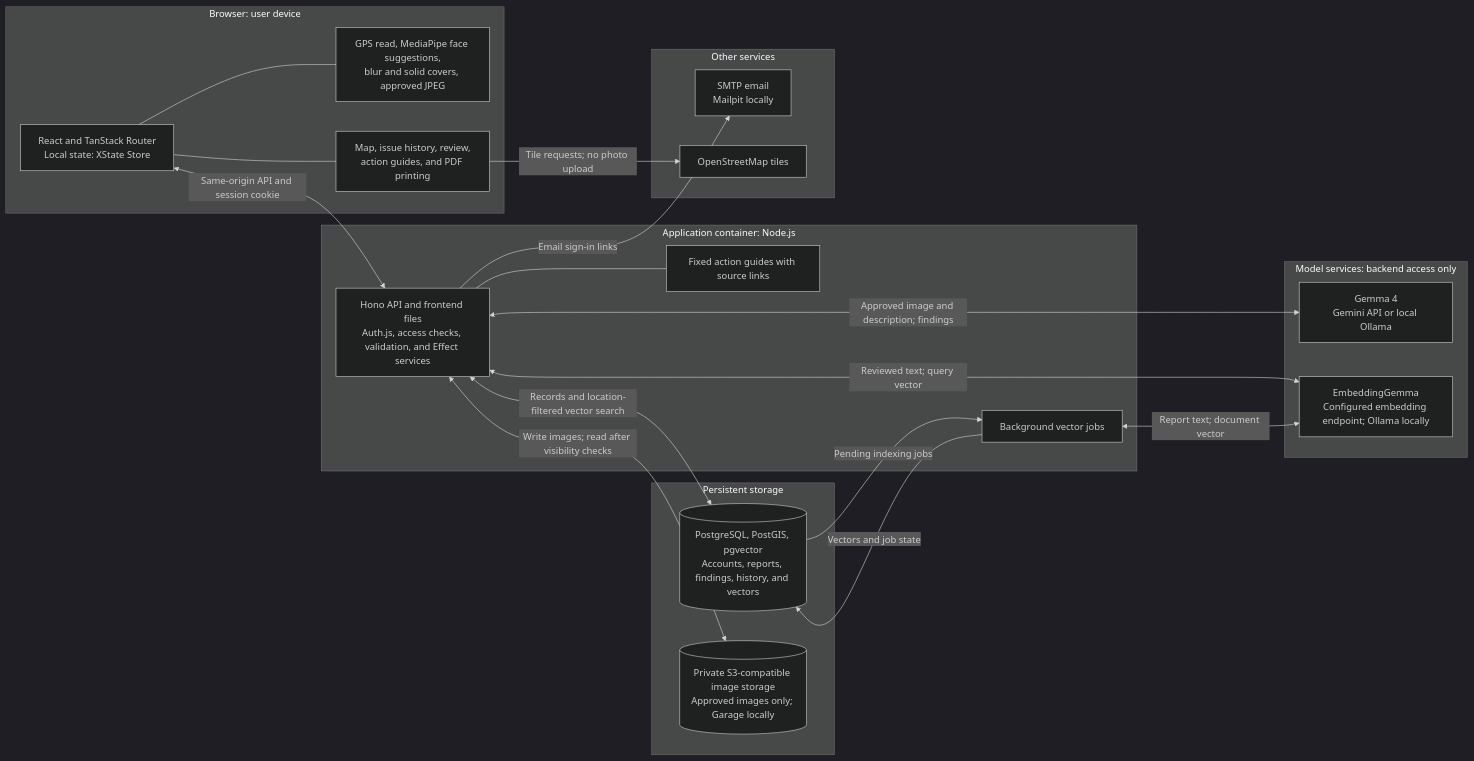
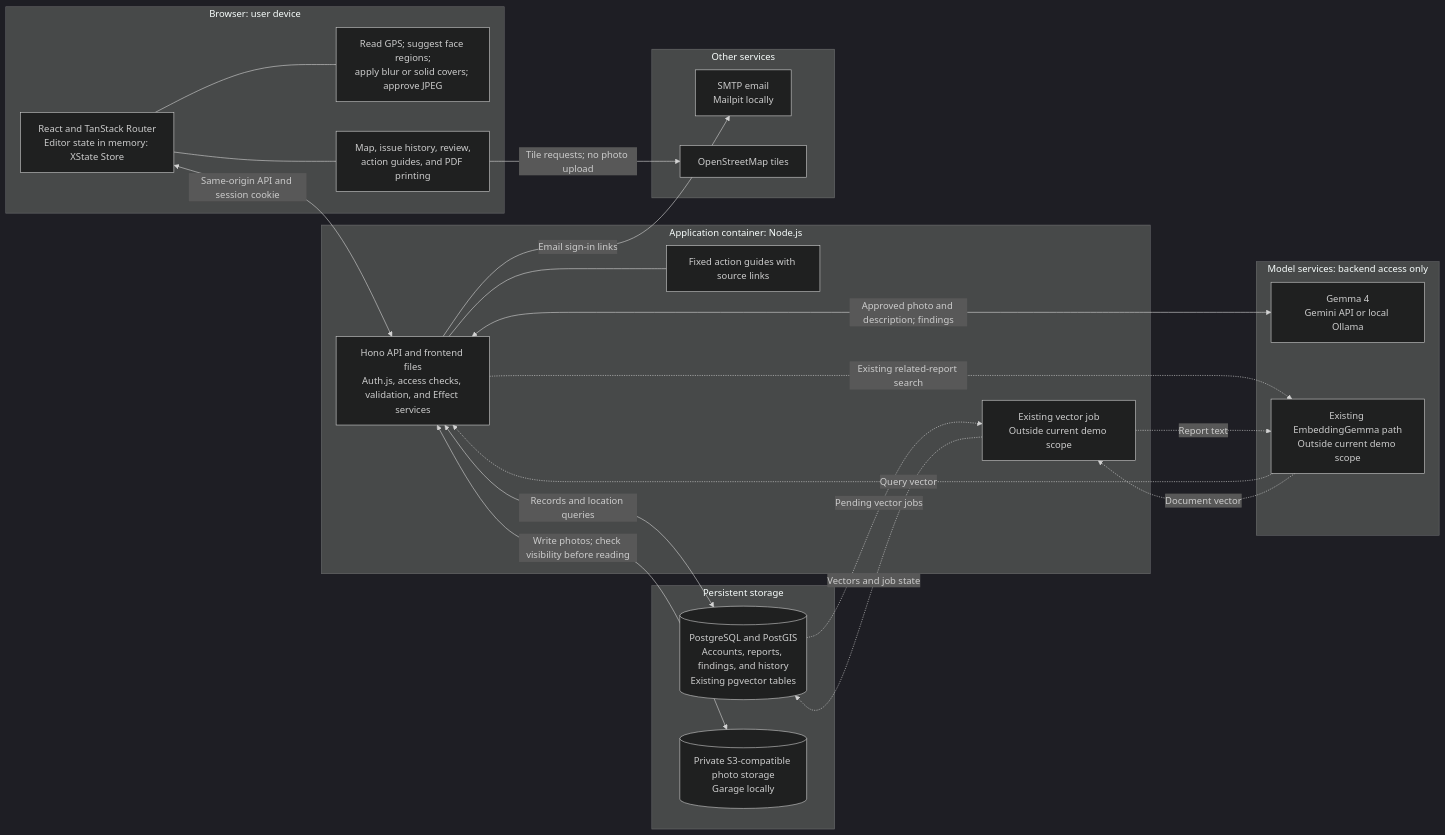
Before and after one commit to sasivarnan/civic-lens: the first of 2 diagrams in README.md, drawn with Mermaid (dark theme). The commit also changed other lines of this file, not shown here.

Commit message:
docs: simplify README and clarify embedding demo scope

````diff
--- a/README.md
+++ b/README.md
@@ -31,38 +42,40 @@
 ```mermaid
 flowchart LR
     subgraph DEVICE["Browser: user device"]
-        EDITOR["React and TanStack Router<br/>Local state: XState Store"]
-        LOCAL["GPS read, MediaPipe face suggestions,<br/>blur and solid covers, approved JPEG"]
+        EDITOR["React and TanStack Router<br/>Editor state in memory: XState Store"]
+        LOCAL["Read GPS; suggest face regions;<br/>apply blur or solid covers; approve JPEG"]
         VIEW["Map, issue history, review,<br/>action guides, and PDF printing"]
         EDITOR --- LOCAL
         EDITOR --- VIEW
     end
     subgraph APP["Application container: Node.js"]
         API["Hono API and frontend files<br/>Auth.js, access checks, validation, and Effect services"]
         GUIDES["Fixed action guides with source links"]
-        JOBS["Background vector jobs"]
+        JOBS["Existing vector job<br/>Outside current demo scope"]
         API --- GUIDES
     end
     subgraph DATA["Persistent storage"]
-        DB[("PostgreSQL, PostGIS, pgvector<br/>Accounts, reports, findings, history, and vectors")]
-        IMAGES[("Private S3-compatible image storage<br/>Approved images only; Garage locally")]
+        DB[("PostgreSQL and PostGIS<br/>Accounts, reports, findings, and history<br/>Existing pgvector tables")]
+        IMAGES[("Private S3-compatible photo storage<br/>Garage locally")]
     end
     subgraph AI["Model services: backend access only"]
         GEMMA["Gemma 4<br/>Gemini API or local Ollama"]
-        EMBED["EmbeddingGemma<br/>Configured embedding endpoint; Ollama locally"]
+        EMBED["Existing EmbeddingGemma path<br/>Outside current demo scope"]
     end
     subgraph SERVICES["Other services"]
         EMAIL["SMTP email<br/>Mailpit locally"]
         TILES["OpenStreetMap tiles"]
     end
     EDITOR <-->|"Same-origin API and session cookie"| API
-    API <-->|"Approved image and description; findings"| GEMMA
-    API <-->|"Reviewed text; query vector"| EMBED
-    API <-->|"Records and location-filtered vector search"| DB
-    API <-->|"Write images; read after visibility checks"| IMAGES
+    API <-->|"Approved photo and description; findings"| GEMMA
+    API <-->|"Records and location queries"| DB
+    API <-->|"Write photos; check visibility before reading"| IMAGES
     API -->|"Email sign-in links"| EMAIL
-    DB -->|"Pending indexing jobs"| JOBS
-    JOBS <-->|"Report text; document vector"| EMBED
-    JOBS -->|"Vectors and job state"| DB
     VIEW -->|"Tile requests; no photo upload"| TILES
+    API -.->|"Existing related-report search"| EMBED
+    EMBED -.->|"Query vector"| API
+    DB -.->|"Pending vector jobs"| JOBS
+    JOBS -.->|"Report text"| EMBED
+    EMBED -.->|"Document vector"| JOBS
+    JOBS -.->|"Vectors and job state"| DB
 ```
````
